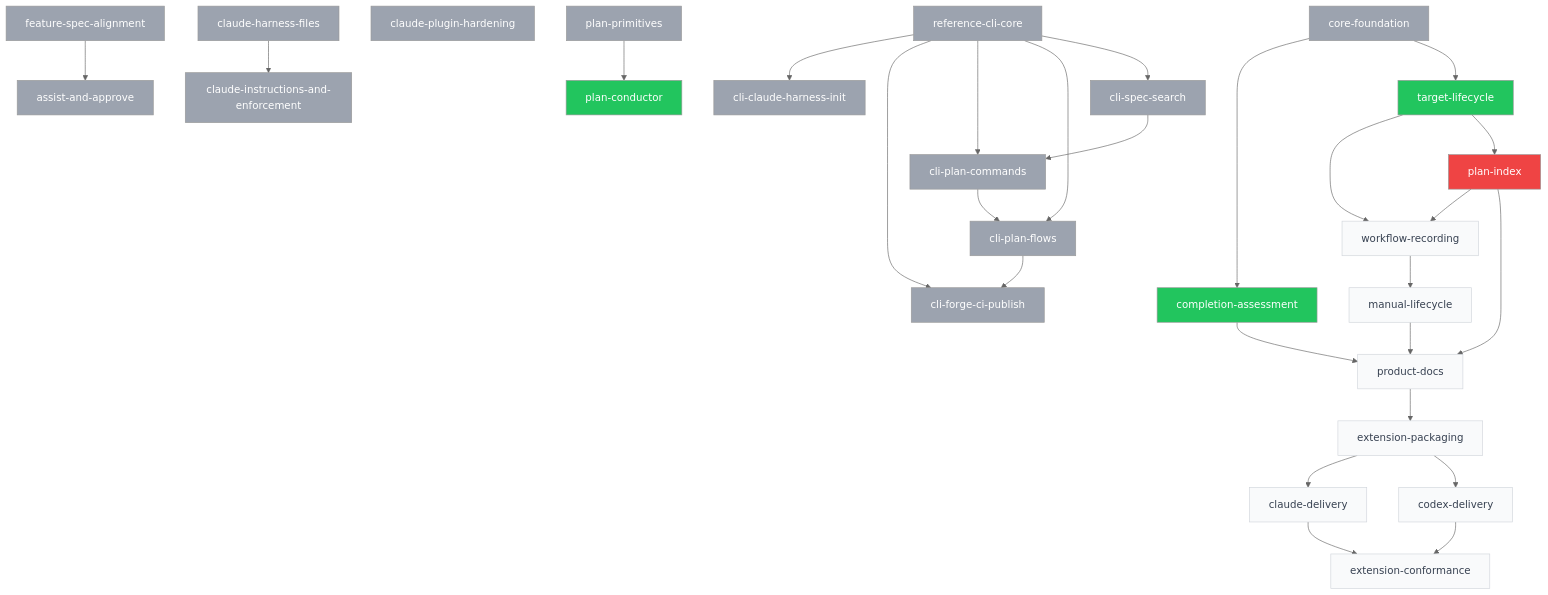
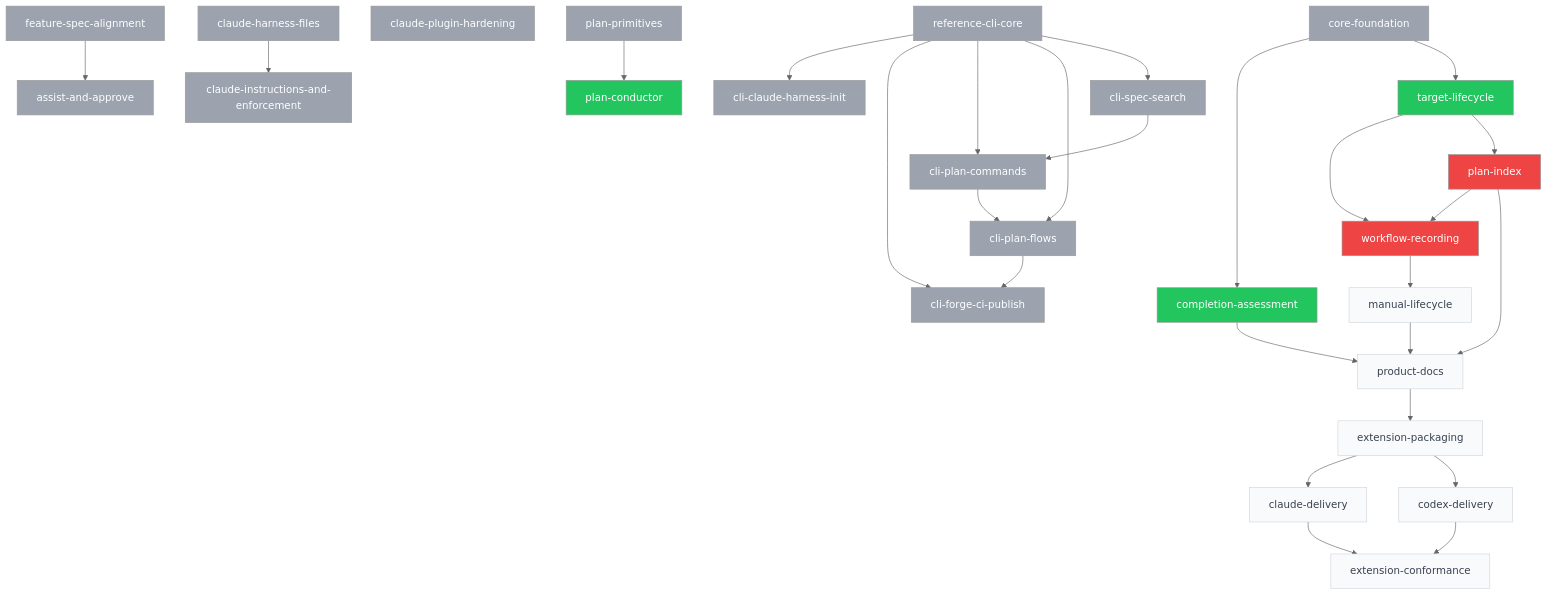
The diagram in plans/PLANS.md (SpiralSky/specplane), drawn with Mermaid (neutral theme) before and after one commit. The commit also changed other lines of this file and 1 other file, not shown here.

Commit message:
docs(2026-11-01-workflow-recording): approve plan
Specplane-Workflow: approve
Specplane-Agent: claude-code/claude-opus-5-5
Specplane-Session: 34265f08-4042-4656-a421-be12c7913e61

````diff
--- a/plans/PLANS.md
+++ b/plans/PLANS.md
@@ -41,60 +41,60 @@
 ```mermaid
 graph TD
     p_2026_10_28_reference_cli_core[reference-cli-core]:::done
     p_2026_10_29_assist_and_approve[assist-and-approve]:::done
     p_2026_10_29_claude_harness_files[claude-harness-files]:::done
     p_2026_10_29_claude_instructions_and_enforcement[claude-instructions-and-enforcement]:::done
     p_2026_10_29_claude_plugin_hardening[claude-plugin-hardening]:::done
     p_2026_10_29_cli_claude_harness_init[cli-claude-harness-init]:::done
     p_2026_10_29_cli_forge_ci_publish[cli-forge-ci-publish]:::done
     p_2026_10_29_cli_plan_commands[cli-plan-commands]:::done
     p_2026_10_29_cli_plan_flows[cli-plan-flows]:::done
     p_2026_10_29_cli_spec_search[cli-spec-search]:::done
     p_2026_10_29_feature_spec_alignment[feature-spec-alignment]:::done
     p_2026_10_30_plan_conductor[plan-conductor]:::ready
     p_2026_10_30_plan_primitives[plan-primitives]:::done
     p_2026_11_01_claude_delivery[claude-delivery]:::draft
     p_2026_11_01_codex_delivery[codex-delivery]:::draft
     p_2026_11_01_core_foundation[core-foundation]:::done
     p_2026_11_01_extension_conformance[extension-conformance]:::draft
     p_2026_11_01_extension_packaging[extension-packaging]:::draft
     p_2026_11_01_manual_lifecycle[manual-lifecycle]:::draft
-    p_2026_11_01_workflow_recording[workflow-recording]:::draft
+    p_2026_11_01_workflow_recording[workflow-recording]:::blocked
     p_2026_11_02_completion_assessment[completion-assessment]:::ready
     p_2026_11_02_plan_index[plan-index]:::blocked
     p_2026_11_02_product_docs[product-docs]:::draft
     p_2026_11_02_target_lifecycle[target-lifecycle]:::ready
     p_2026_10_29_feature_spec_alignment --> p_2026_10_29_assist_and_approve
     p_2026_10_29_claude_harness_files --> p_2026_10_29_claude_instructions_and_enforcement
     p_2026_10_28_reference_cli_core --> p_2026_10_29_cli_claude_harness_init
     p_2026_10_28_reference_cli_core --> p_2026_10_29_cli_forge_ci_publish
     p_2026_10_29_cli_plan_flows --> p_2026_10_29_cli_forge_ci_publish
     p_2026_10_28_reference_cli_core --> p_2026_10_29_cli_plan_commands
     p_2026_10_29_cli_spec_search --> p_2026_10_29_cli_plan_commands
     p_2026_10_28_reference_cli_core --> p_2026_10_29_cli_plan_flows
     p_2026_10_29_cli_plan_commands --> p_2026_10_29_cli_plan_flows
     p_2026_10_28_reference_cli_core --> p_2026_10_29_cli_spec_search
     p_2026_10_30_plan_primitives --> p_2026_10_30_plan_conductor
     p_2026_11_01_extension_packaging --> p_2026_11_01_claude_delivery
     p_2026_11_01_extension_packaging --> p_2026_11_01_codex_delivery
     p_2026_11_01_claude_delivery --> p_2026_11_01_extension_conformance
     p_2026_11_01_codex_delivery --> p_2026_11_01_extension_conformance
     p_2026_11_02_product_docs --> p_2026_11_01_extension_packaging
     p_2026_11_01_workflow_recording --> p_2026_11_01_manual_lifecycle
     p_2026_11_02_plan_index --> p_2026_11_01_workflow_recording
     p_2026_11_02_target_lifecycle --> p_2026_11_01_workflow_recording
     p_2026_11_01_core_foundation --> p_2026_11_02_completion_assessment
     p_2026_11_02_target_lifecycle --> p_2026_11_02_plan_index
     p_2026_11_01_manual_lifecycle --> p_2026_11_02_product_docs
     p_2026_11_02_completion_assessment --> p_2026_11_02_product_docs
     p_2026_11_02_plan_index --> p_2026_11_02_product_docs
     p_2026_11_01_core_foundation --> p_2026_11_02_target_lifecycle
     classDef draft fill:#f9fafb,color:#374151,stroke:#d1d5db
     classDef ready fill:#22c55e,color:#fff
     classDef blocked fill:#ef4444,color:#fff
     classDef in_progress fill:#3b82f6,color:#fff
     classDef review fill:#60a5fa,color:#fff
     classDef done fill:#9ca3af,color:#fff
     classDef abandoned fill:#9ca3af,color:#fff,text-decoration:line-through
     classDef shelved fill:#fef3c7,color:#92400e,stroke:#d97706
 ```
````
